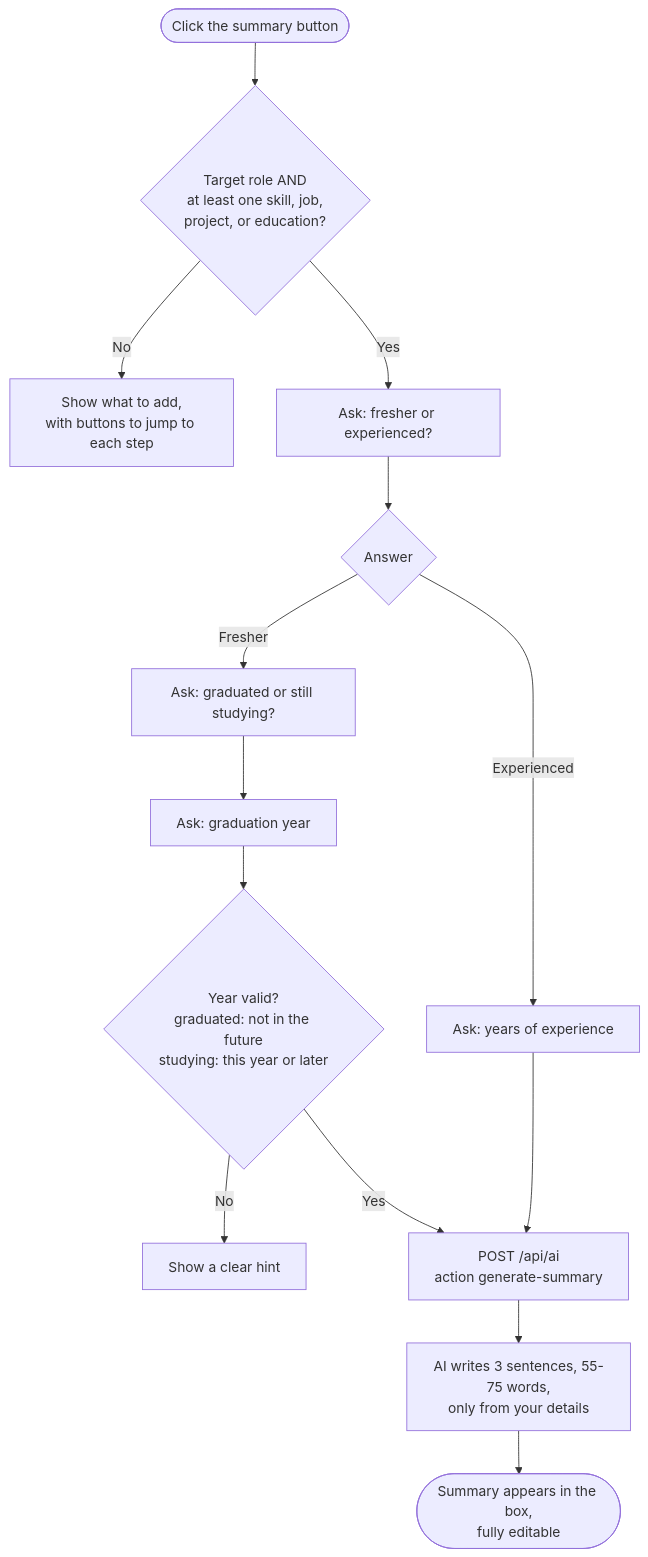
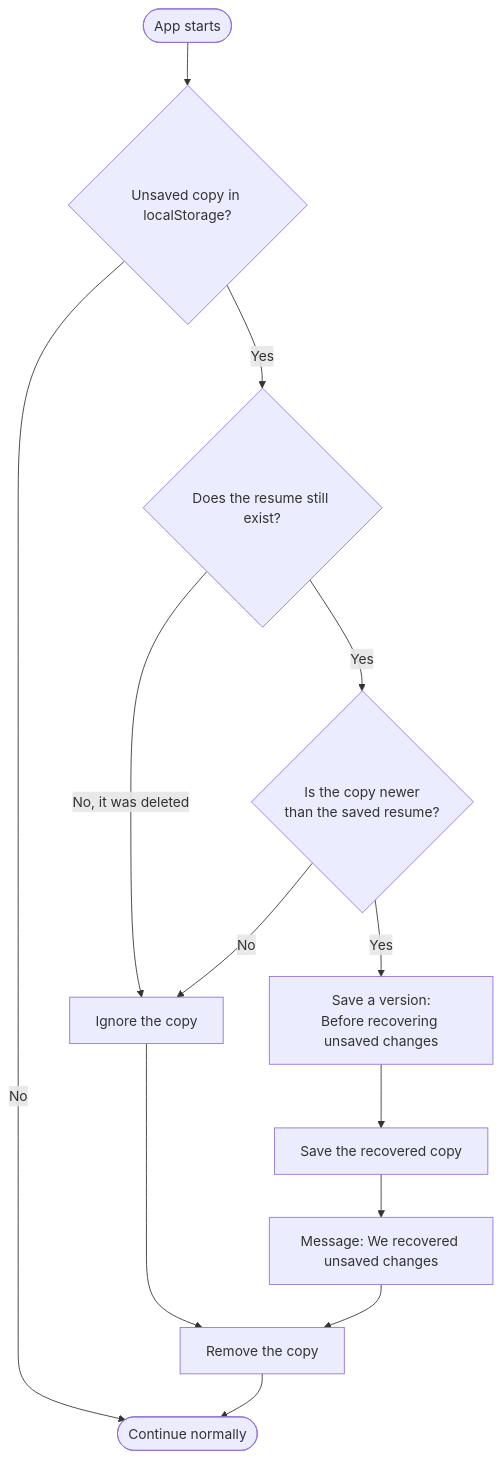
Before and after one commit to silent-coder-dev/ai-resume-builder: the tenth of 30 diagrams in doc/04-FLOWCHARTS.md, drawn with Mermaid. The commit also changed other lines of this file and 122 other files, not shown here.

Commit message:
adding more feature like resume analyzer with ai and interview preparation, in future more thing should be added it just a temporaray thing

````diff
--- a/doc/04-FLOWCHARTS.md
+++ b/doc/04-FLOWCHARTS.md
@@ -220,16 +285,15 @@
 ```mermaid
 flowchart TD
-    A(["Click the summary button"]) --> B{"Target role AND<br/>at least one skill, job,<br/>project, or education?"}
-    B -->|No| C["Show what to add,<br/>with buttons to jump to each step"]
-    B -->|Yes| D["Ask: fresher or experienced?"]
-    D --> E{"Answer"}
-    E -->|Fresher| F["Ask: graduated or still studying?"]
-    F --> G["Ask: graduation year"]
-    G --> H{"Year valid?<br/>graduated: not in the future<br/>studying: this year or later"}
-    H -->|No| I["Show a clear hint"]
-    H -->|Yes| K
-    E -->|Experienced| J["Ask: years of experience"]
-    J --> K["POST /api/ai<br/>action generate-summary"]
-    K --> L["AI writes 3 sentences, 55-75 words,<br/>only from your details"]
-    L --> M(["Summary appears in the box,<br/>fully editable"])
+    A(["App starts"]) --> J{"Unsaved copy in localStorage?"}
+    J -->|No| DONE(["Continue normally"])
+    J -->|Yes| R{"Does the resume still exist?"}
+    R -->|"No, it was deleted"| CLR["Ignore the copy"]
+    R -->|Yes| N{"Is the copy newer<br/>than the saved resume?"}
+    N -->|No| CLR
+    N -->|Yes| V["Save a version:<br/>Before recovering unsaved changes"]
+    V --> U["Save the recovered copy"]
+    U --> M["Message: We recovered unsaved changes"]
+    CLR --> DEL["Remove the copy"]
+    M --> DEL
+    DEL --> DONE
 ```
````
